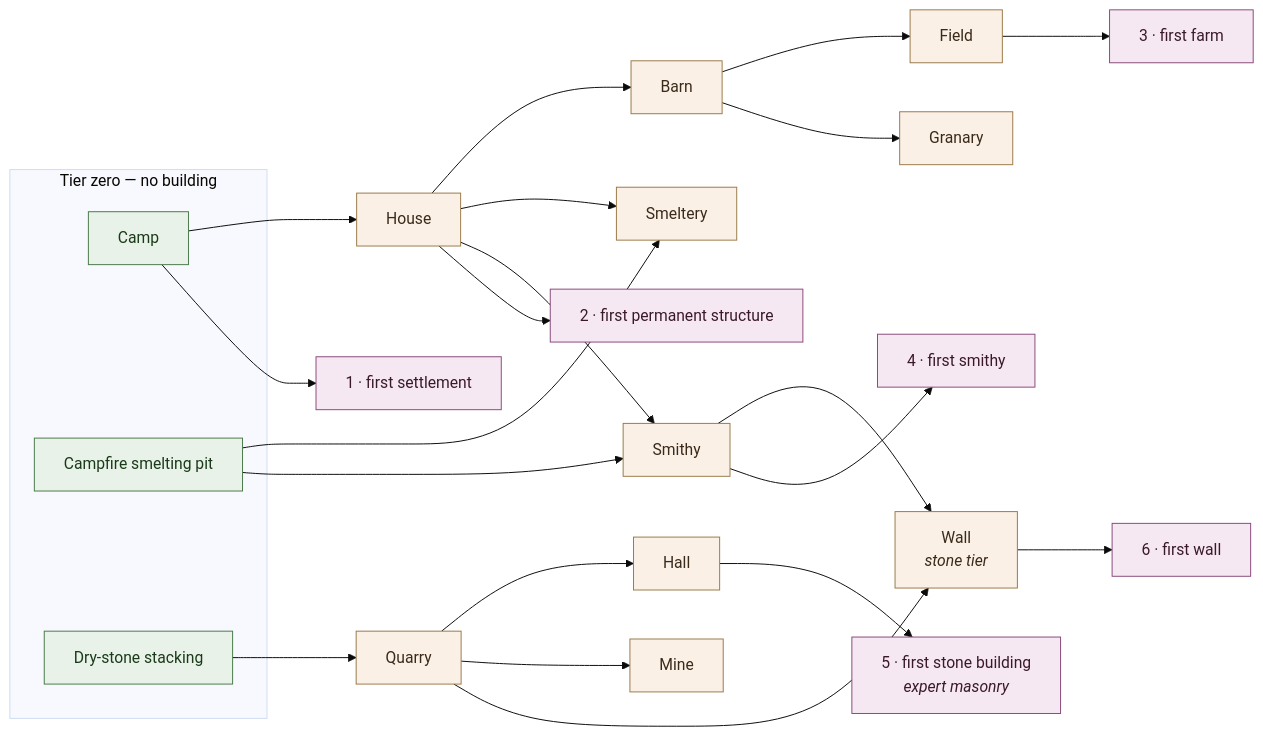
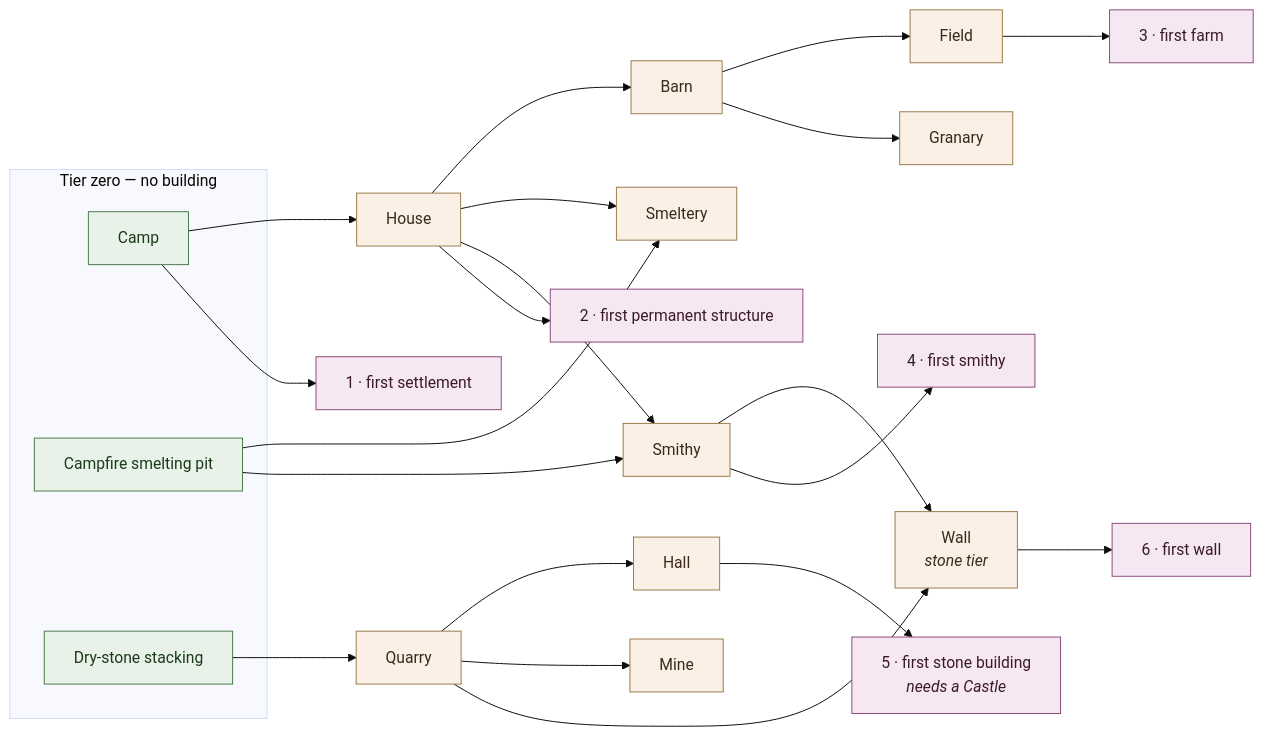
The second of 2 diagrams in docs/design/kingdom-watch-economy-ladder.md (zhollis21/KingdomWatch), drawn with Mermaid (base theme) before and after one commit. The commit also changed other lines of this file and 25 other files, not shown here.

````diff
--- a/docs/design/kingdom-watch-economy-ladder.md
+++ b/docs/design/kingdom-watch-economy-ladder.md
@@ -666,33 +671,33 @@
 ```mermaid
 flowchart LR
   classDef tier0 fill:#e8f2e8,stroke:#4a7a4a,color:#1a3a1a
   classDef bld fill:#faf0e6,stroke:#9a7a4a,color:#3a2a1a
   classDef ms fill:#f6e8f2,stroke:#8a4a7a,color:#3a1a2a
 
   subgraph T0["Tier zero — no building"]
     Camp["Camp"]:::tier0
     Pit["Campfire smelting pit"]:::tier0
     Dry["Dry-stone stacking"]:::tier0
   end
 
   Camp --> House["House"]:::bld
   House --> Barn["Barn"]:::bld
   Barn --> Plot["Field"]:::bld
   Barn --> Granary["Granary"]:::bld
   Dry --> QuarryB["Quarry"]:::bld
   QuarryB --> Hall["Hall"]:::bld
   QuarryB --> MineB["Mine"]:::bld
   Pit --> Smeltery["Smeltery"]:::bld
   House --> Smeltery
   Pit --> Smithy["Smithy"]:::bld
   House --> Smithy
   QuarryB --> Wall["Wall<br/><i>stone tier</i>"]:::bld
   Smithy --> Wall
 
   Camp --> M1["1 · first settlement"]:::ms
   House --> M2["2 · first permanent structure"]:::ms
   Plot --> M3["3 · first farm"]:::ms
   Smithy --> M4["4 · first smithy"]:::ms
-  Hall --> M5["5 · first stone building<br/><i>expert masonry</i>"]:::ms
+  Hall --> M5["5 · first stone building<br/><i>needs a Castle</i>"]:::ms
   Wall --> M6["6 · first wall"]:::ms
 ```
````
